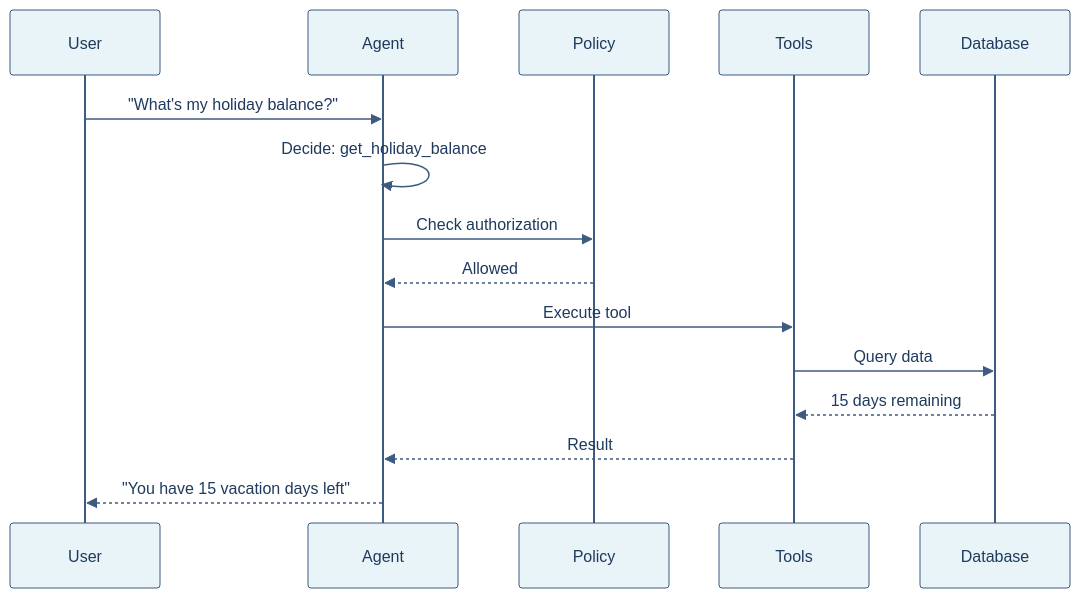
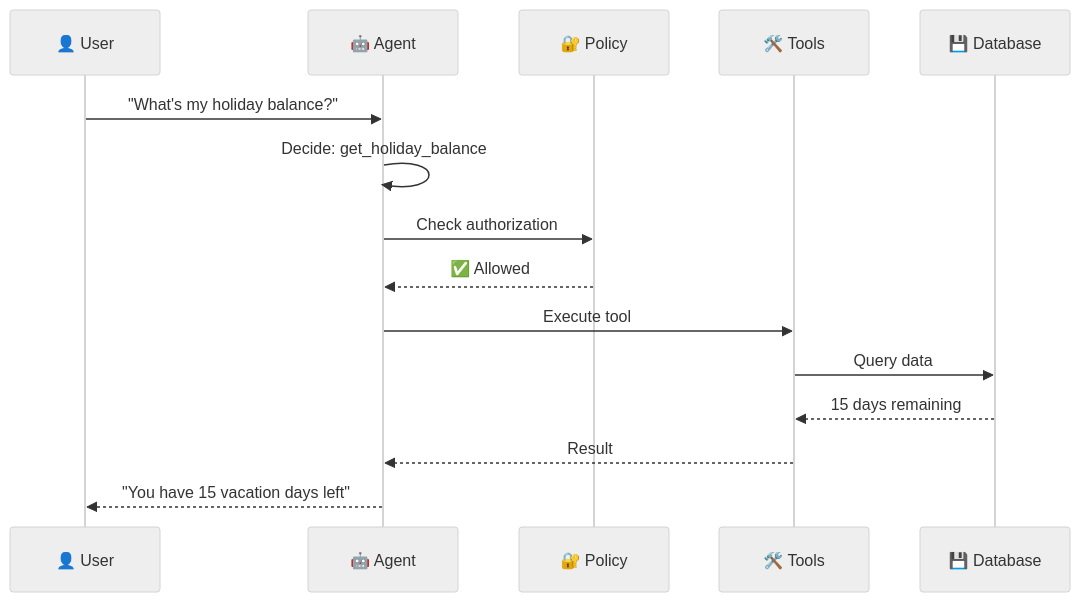
One commit to ruthvik-jeev/hr-agent changed the second of 3 diagrams in README.md. Above: the diagram before and after it, drawn with Mermaid. The commit also changed other lines of this file and 2 other files, not shown here.

First line of the commit message:
fix: use neutral theme for GitHub-compatible Mermaid diagrams

````diff
--- a/README.md
+++ b/README.md
@@ -93,20 +87,19 @@
 ```mermaid
-%%{init: {'theme': 'base', 'themeVariables': { 'primaryColor': '#e8f4f8', 'primaryTextColor': '#1e3a5f', 'primaryBorderColor': '#3d5a80', 'lineColor': '#3d5a80', 'actorBkg': '#e8f4f8', 'actorBorder': '#3d5a80', 'actorTextColor': '#1e3a5f', 'actorLineColor': '#3d5a80', 'signalColor': '#3d5a80', 'signalTextColor': '#1e3a5f', 'labelTextColor': '#1e3a5f', 'noteTextColor': '#1e3a5f', 'noteBkgColor': '#f7f9fc', 'noteBorderColor': '#3d5a80'}}}%%
-
+%%{init: {'theme': 'neutral'}}%%
 sequenceDiagram
-    participant U as User
-    participant A as Agent
-    participant P as Policy
-    participant T as Tools
-    participant D as Database
+    participant U as 👤 User
+    participant A as 🤖 Agent
+    participant P as 🔐 Policy
+    participant T as 🛠️ Tools
+    participant D as 💾 Database
 
     U->>A: "What's my holiday balance?"
     A->>A: Decide: get_holiday_balance
     A->>P: Check authorization
-    P-->>A: Allowed
+    P-->>A: ✅ Allowed
     A->>T: Execute tool
     T->>D: Query data
     D-->>T: 15 days remaining
     T-->>A: Result
     A-->>U: "You have 15 vacation days left"
 ```
````
